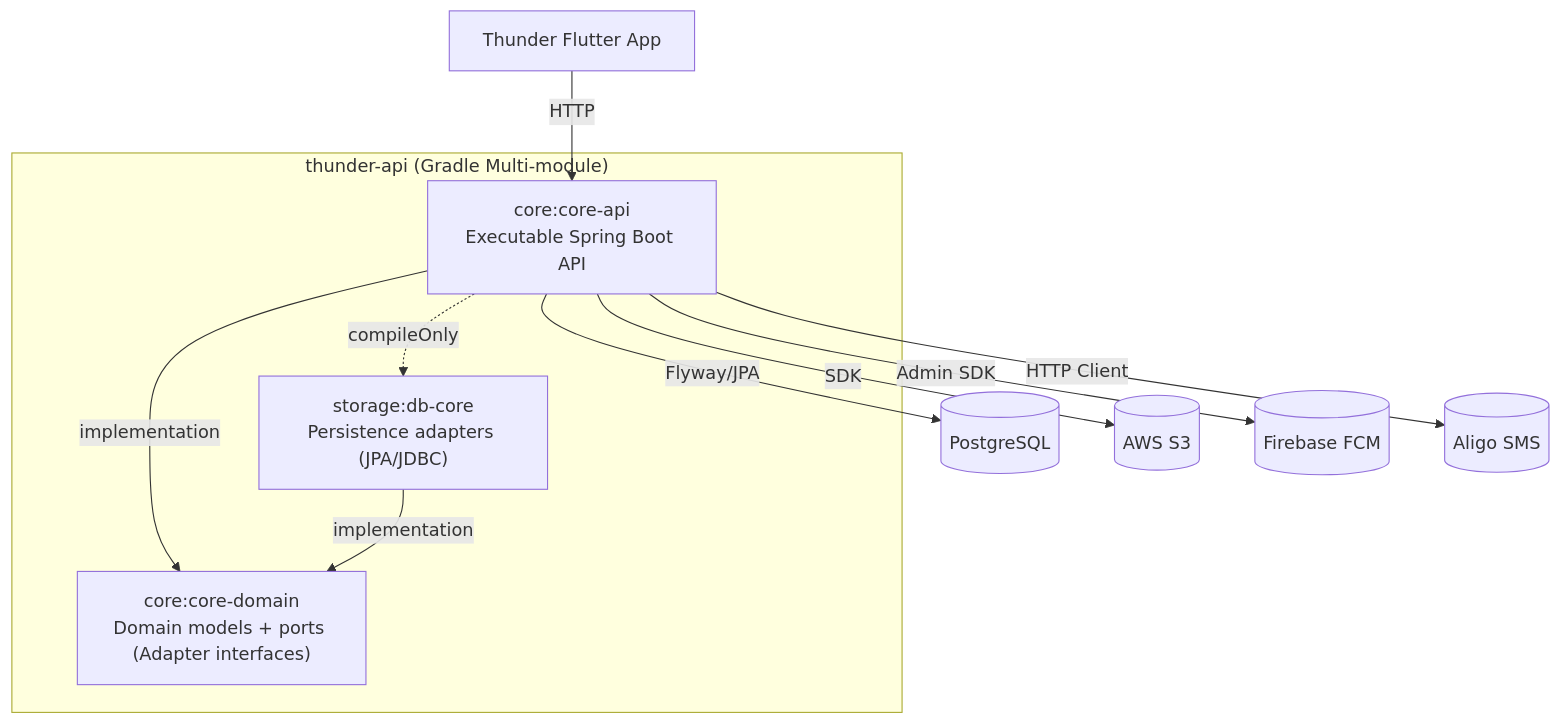
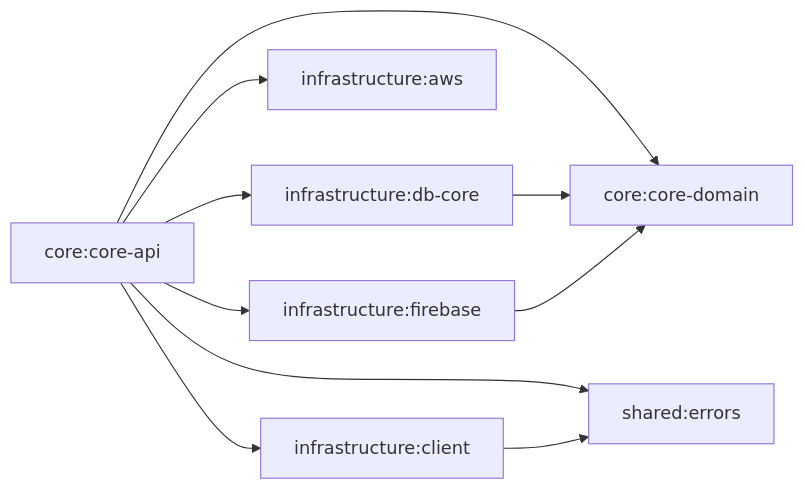
The diagram in README.md (ThunderAppTeam/thunder-api), drawn with Mermaid before and after one commit. The commit also changed 168 other files, not shown here.

Commit message:
refactor: decouple core-api from infrastructure via domain port interfaces

````diff
--- a/README.md
+++ b/README.md
@@ -13,18 +13,20 @@
 ```mermaid
-flowchart TB
-    subgraph ROOT["thunder-api (Gradle Multi-module)"]
-        API["core:core-api\nExecutable Spring Boot API"]
-        DOMAIN["core:core-domain\nDomain models + ports (Adapter interfaces)"]
-        DB["storage:db-core\nPersistence adapters (JPA/JDBC)"]
-    end
+flowchart LR
+    API["core:core-api"]
+    DOMAIN["core:core-domain"]
+    ERRORS["shared:errors"]
+    DB["infrastructure:db-core"]
+    AWS["infrastructure:aws"]
+    FB["infrastructure:firebase"]
+    CLIENT["infrastructure:client"]
 
-    API -->|implementation| DOMAIN
-    DB -->|implementation| DOMAIN
-    API -.->|compileOnly| DB
-
-    CLIENT["Thunder Flutter App"] -->|HTTP| API
-    API -->|Flyway/JPA| PG[(PostgreSQL)]
-    API -->|SDK| S3[(AWS S3)]
-    API -->|Admin SDK| FCM[(Firebase FCM)]
-    API -->|HTTP Client| SMS[(Aligo SMS)]
+    API --> DOMAIN
+    API --> ERRORS
+    API --> DB
+    API --> AWS
+    API --> FB
+    API --> CLIENT
+    DB --> DOMAIN
+    FB --> DOMAIN
+    CLIENT --> ERRORS
 ```
````
